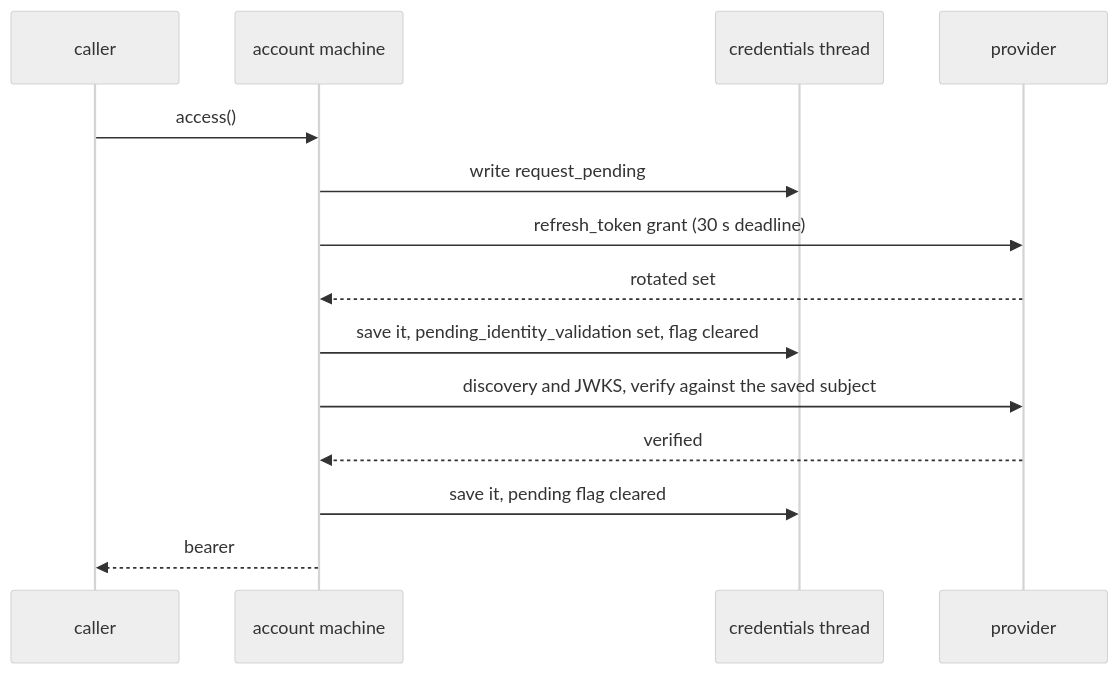
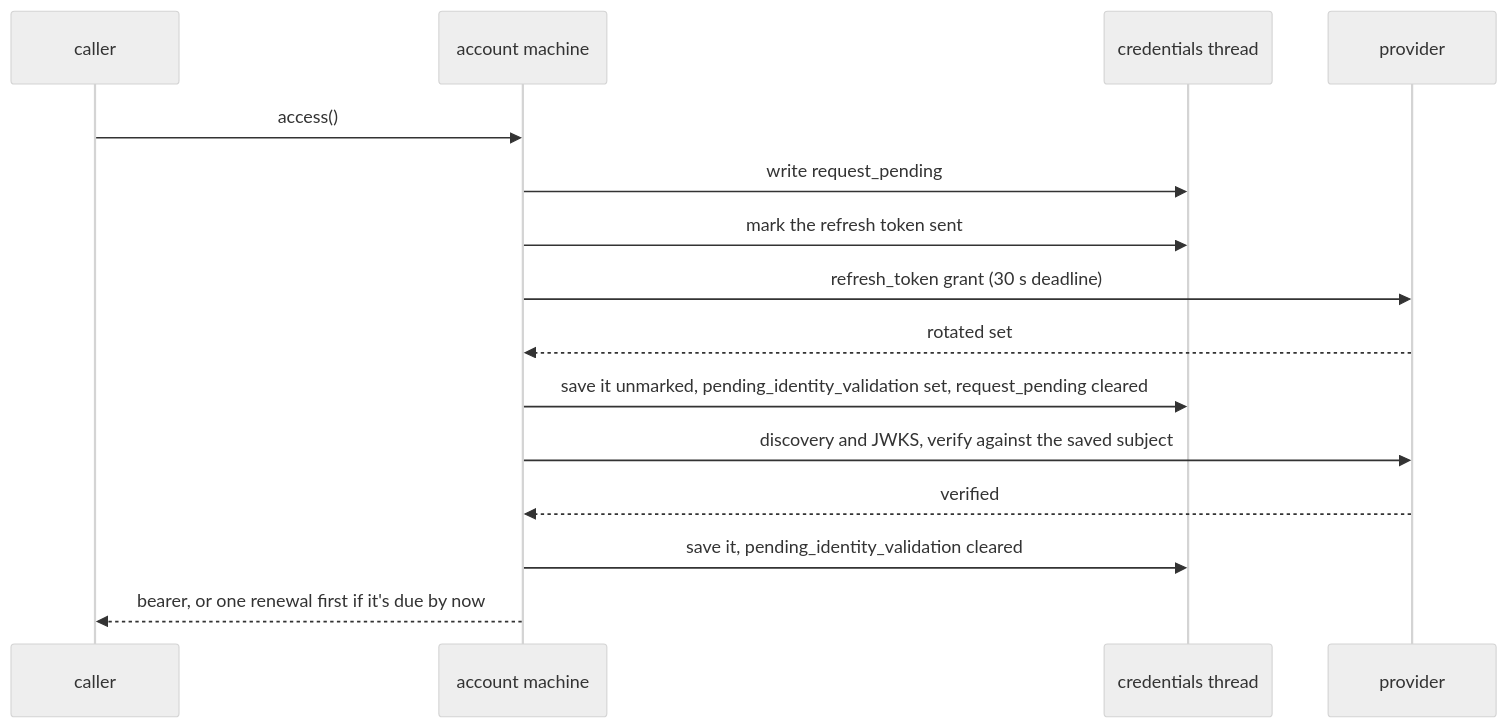
One commit to labcoder/capsula changed the fourth of 7 diagrams in docs/development/accounts.md. Above: the diagram before and after it, drawn with Mermaid (neutral theme). The commit also changed other lines of this file and 14 other files, not shown here.

Commit message:
fix(brain): never resend a consumed refresh token and keep one flight per set

````diff
--- a/docs/development/accounts.md
+++ b/docs/development/accounts.md
@@ -305,16 +306,17 @@
 ```mermaid
 sequenceDiagram
     participant C as caller
     participant M as account machine
     participant V as credentials thread
     participant P as provider
     C->>M: access()
     M->>V: write request_pending
+    M->>V: mark the refresh token sent
     M->>P: refresh_token grant (30 s deadline)
     P-->>M: rotated set
-    M->>V: save it, pending_identity_validation set, flag cleared
+    M->>V: save it unmarked, pending_identity_validation set, request_pending cleared
     M->>P: discovery and JWKS, verify against the saved subject
     P-->>M: verified
-    M->>V: save it, pending flag cleared
-    M-->>C: bearer
+    M->>V: save it, pending_identity_validation cleared
+    M-->>C: bearer, or one renewal first if it's due by now
 ```
````
